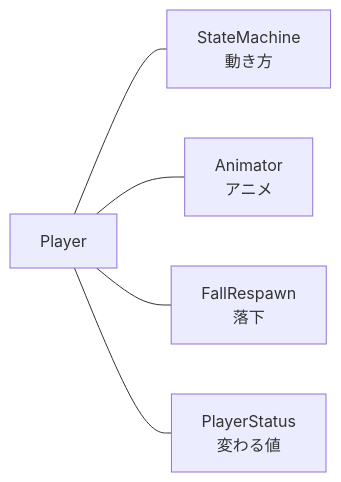
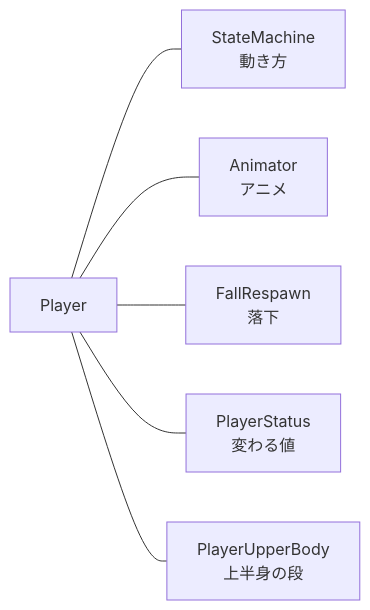
The diagram in Action/docs/ゲーム/プレイヤー/プレイヤーの構成/プレイヤーの構成の設計.md (hirota-ryuki/Action), drawn with Mermaid before and after one commit. The commit also changed other lines of this file and 60 other files, not shown here.

````diff
--- a/Action/docs/ゲーム/プレイヤー/プレイヤーの構成/プレイヤーの構成の設計.md
+++ b/Action/docs/ゲーム/プレイヤー/プレイヤーの構成/プレイヤーの構成の設計.md
@@ -18,7 +25,8 @@
 ```mermaid
 flowchart LR
     P[Player] --- SM["StateMachine<br/>動き方"]
     P --- AN["Animator<br/>アニメ"]
     P --- R["FallRespawn<br/>落下"]
     P --- S["PlayerStatus<br/>変わる値"]
+    P --- U["PlayerUpperBody<br/>上半身の段"]
 ```
````
